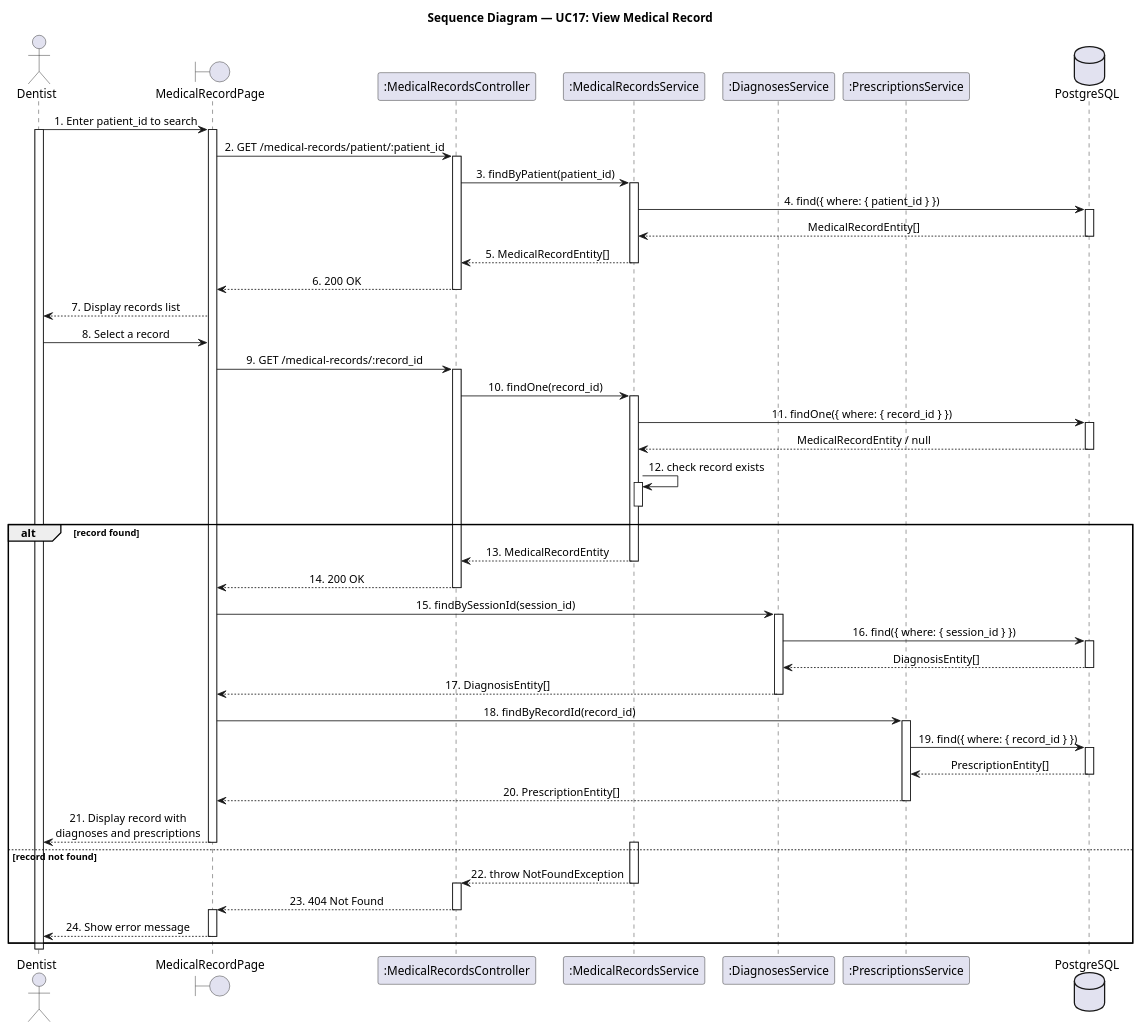
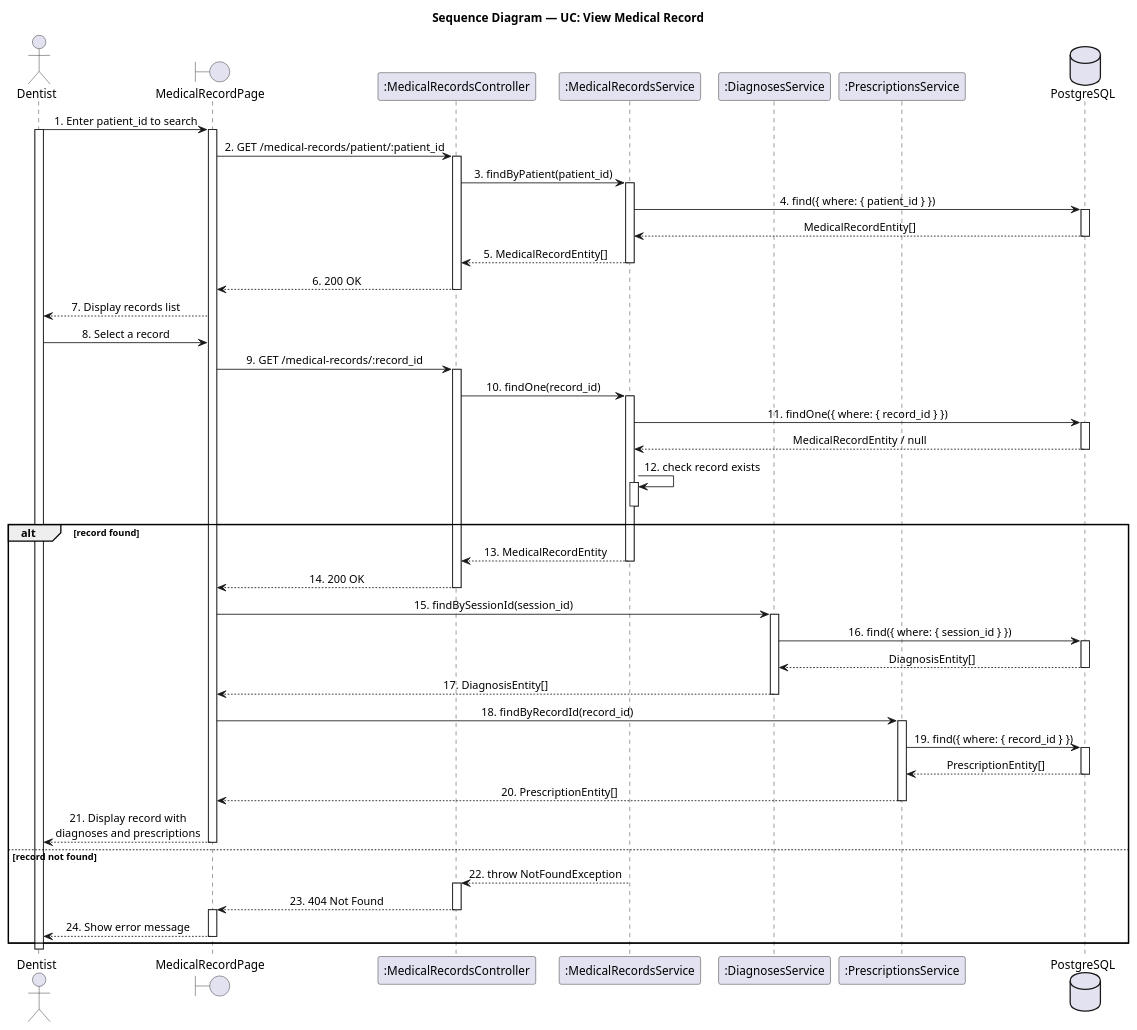
The diagram in docs/sequence-diagram/UC17_ViewMedicalRecord.puml (LTPPPP/Smart-Medical-Intelligent-Ledger-for-E-health-S.M.I.L.E-), drawn with PlantUML before and after one commit. The commit also changed 19 other files, not shown here.

```diff
--- a/docs/sequence-diagram/UC17_ViewMedicalRecord.puml
+++ b/docs/sequence-diagram/UC17_ViewMedicalRecord.puml
@@ -1,101 +1,98 @@
 @startuml SequenceDiagram
 skinparam shadowing false
 skinparam sequenceMessageAlign center
 
-title Sequence Diagram — UC17: View Medical Record
+title Sequence Diagram — UC: View Medical Record
 
 actor "Dentist" as user
 boundary "MedicalRecordPage" as page
 participant ":MedicalRecordsController" as ctrl
 participant ":MedicalRecordsService" as svc
 participant ":DiagnosesService" as diagSvc
 participant ":PrescriptionsService" as presSvc
 database "PostgreSQL" as db
 
 user -> page : 1. Enter patient_id to search
 activate user
 activate page
 
 page -> ctrl : 2. GET /medical-records/patient/:patient_id
 activate ctrl
 
 ctrl -> svc : 3. findByPatient(patient_id)
 activate svc
 
 svc -> db : 4. find({ where: { patient_id } })
 activate db
 db --> svc : MedicalRecordEntity[]
 deactivate db
 
 svc --> ctrl : 5. MedicalRecordEntity[]
 deactivate svc
 
 ctrl --> page : 6. 200 OK
 deactivate ctrl
 
 page --> user : 7. Display records list
 
 user -> page : 8. Select a record
 
 page -> ctrl : 9. GET /medical-records/:record_id
 activate ctrl
 
 ctrl -> svc : 10. findOne(record_id)
 activate svc
 
 svc -> db : 11. findOne({ where: { record_id } })
 activate db
 db --> svc : MedicalRecordEntity / null
 deactivate db
 
 svc -> svc : 12. check record exists
 activate svc
 deactivate svc
 alt record found
   svc --> ctrl : 13. MedicalRecordEntity
   deactivate svc
 
   ctrl --> page : 14. 200 OK
   deactivate ctrl
 
   page -> diagSvc : 15. findBySessionId(session_id)
   activate diagSvc
 
   diagSvc -> db : 16. find({ where: { session_id } })
   activate db
   db --> diagSvc : DiagnosisEntity[]
   deactivate db
 
   diagSvc --> page : 17. DiagnosisEntity[]
   deactivate diagSvc
 
   page -> presSvc : 18. findByRecordId(record_id)
   activate presSvc
 
   presSvc -> db : 19. find({ where: { record_id } })
   activate db
   db --> presSvc : PrescriptionEntity[]
   deactivate db
 
   presSvc --> page : 20. PrescriptionEntity[]
   deactivate presSvc
 
   page --> user : 21. Display record with\ndiagnoses and prescriptions
   deactivate page
 else record not found
-  activate svc
   svc --> ctrl : 22. throw NotFoundException
   deactivate svc
   activate ctrl
-
   ctrl --> page : 23. 404 Not Found
   deactivate ctrl
   activate page
-
   page --> user : 24. Show error message
   deactivate page
 end
 
 deactivate user
 
 @enduml
```
